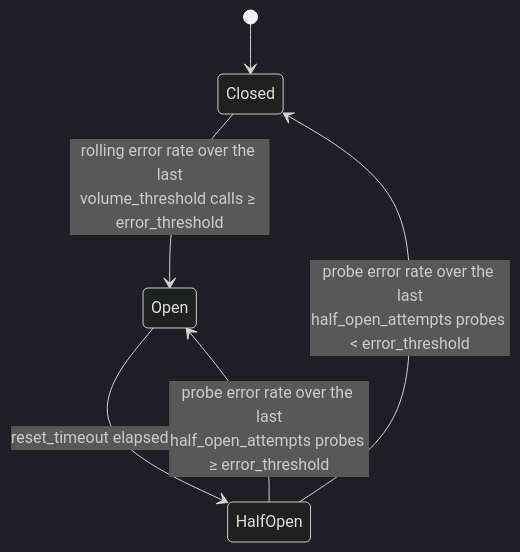
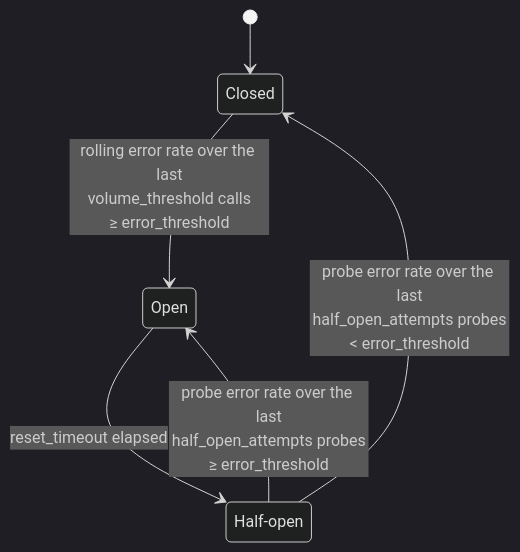
Before and after one commit to graphql-hive/docs: the diagram in packages/documentation/content/docs/router/guides/performance-tuning.mdx, drawn with Mermaid (dark theme). The commit also changed other lines of this file and 1 other file, not shown here.

Commit message:
Improve docs

````diff
--- a/packages/documentation/content/docs/router/guides/performance-tuning.mdx
+++ b/packages/documentation/content/docs/router/guides/performance-tuning.mdx
@@ -277,8 +278,12 @@
 ```mermaid
 stateDiagram-v2
-  [*] --> Closed
-  Closed --> Open: rolling error rate over the last<br/>volume_threshold calls ≥ error_threshold
-  Open --> HalfOpen: reset_timeout elapsed
-  HalfOpen --> Closed: probe error rate over the last<br/>half_open_attempts probes < error_threshold
-  HalfOpen --> Open: probe error rate over the last<br/>half_open_attempts probes ≥ error_threshold
+  state "Closed" as closed
+  state "Open" as open
+  state "Half-open" as halfOpen
+
+  [*] --> closed
+  closed --> open: rolling error rate over the last<br/>volume_threshold calls<br/>≥ error_threshold
+  open --> halfOpen: reset_timeout elapsed
+  halfOpen --> closed: probe error rate over the last<br/>half_open_attempts probes<br/>< error_threshold
+  halfOpen --> open: probe error rate over the last<br/>half_open_attempts probes<br/>≥ error_threshold
 ```
````
